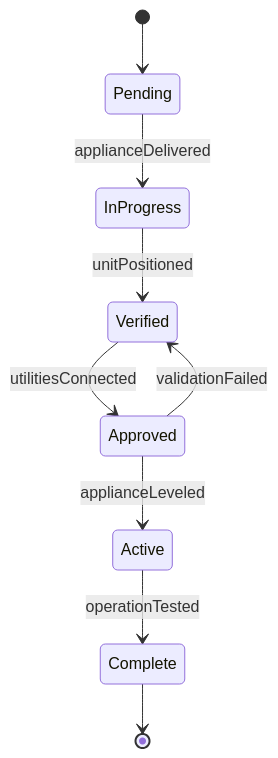
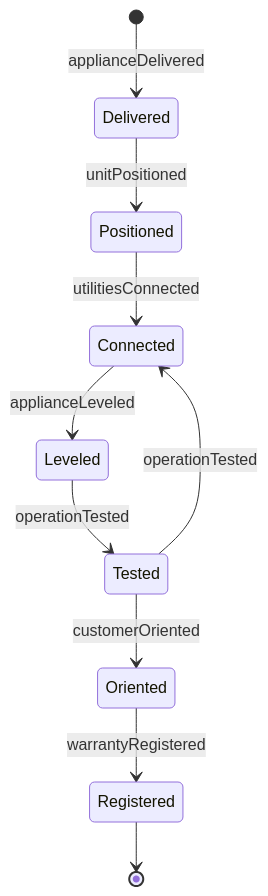
One commit to dot-org-ai/tasks.org.ai changed the second of 4 diagrams in HandlingAndMovingObjects/InstallCommercialOrProductionEquipment/InstallHomeAppliances.mdx. Above: the diagram before and after it, drawn with Mermaid. The commit also changed other lines of this file and 515 other files, not shown here.

````diff
--- a/HandlingAndMovingObjects/InstallCommercialOrProductionEquipment/InstallHomeAppliances.mdx
+++ b/HandlingAndMovingObjects/InstallCommercialOrProductionEquipment/InstallHomeAppliances.mdx
@@ -100,11 +101,12 @@
 ```mermaid
 stateDiagram-v2
-    [*] --> Pending
-    Pending --> InProgress : applianceDelivered
-    InProgress --> Verified : unitPositioned
-    Verified --> Approved : utilitiesConnected
-    Approved --> Active : applianceLeveled
-    Active --> Complete : operationTested
-    Approved --> Verified : validationFailed
-    Complete --> [*]
+    [*] --> Delivered : applianceDelivered
+    Delivered --> Positioned : unitPositioned
+    Positioned --> Connected : utilitiesConnected
+    Connected --> Leveled : applianceLeveled
+    Leveled --> Tested : operationTested
+    Tested --> Oriented : customerOriented
+    Tested --> Connected : operationTested
+    Oriented --> Registered : warrantyRegistered
+    Registered --> [*]
 ```
````
